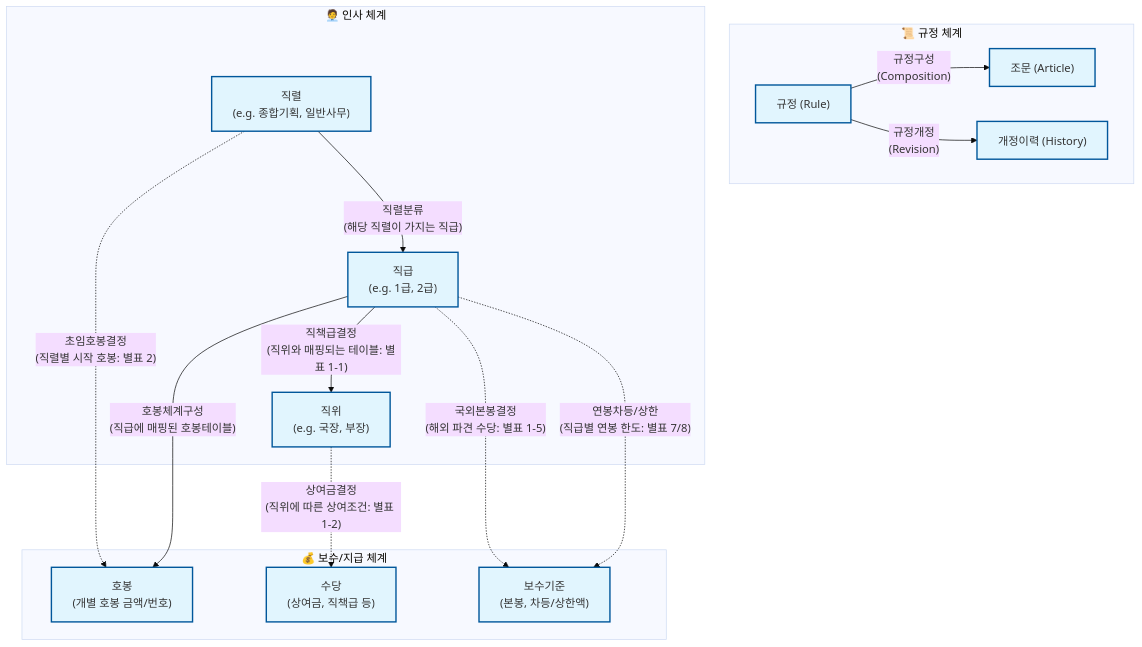
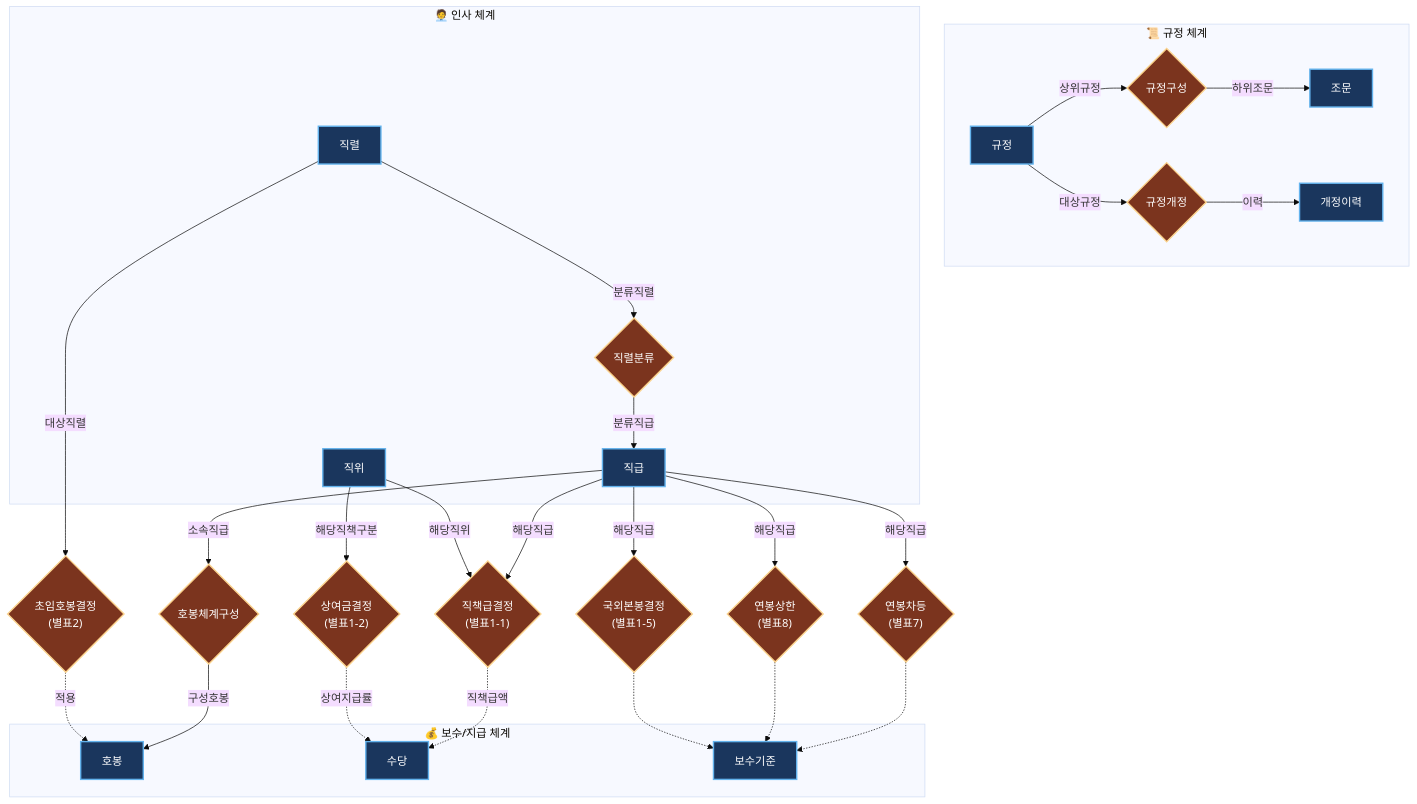
One commit to shezgone/bok-compensation-regulations changed the diagram in docs/schema_diagram.md. Above: the diagram before and after it, drawn with Mermaid (base theme).

Commit message:
docs: update schema diagram for dark theme and typedb hypergraph structure

````diff
--- a/docs/schema_diagram.md
+++ b/docs/schema_diagram.md
@@ -3,49 +3,71 @@
 ```mermaid
 graph TD
-    %% Styling
-    classDef entity fill:#e1f5fe,stroke:#01579b,stroke-width:2px;
-    classDef relation fill:#fff3e0,stroke:#e65100,stroke-width:2px,stroke-dasharray: 5 5;
+    %% 다크 모드/라이트 모드 모두에서 잘 보이도록 고대비 색상 적용
+    classDef entity fill:#1a365d,stroke:#63b3ed,stroke-width:2px,color:#ffffff;
+    classDef relation fill:#7b341e,stroke:#fbd38d,stroke-width:2px,color:#ffffff;
 
     %% --------------------------------
     %% 1. 규정 체계 (Regulation System)
     %% --------------------------------
     subgraph 규정_체계["📜 규정 체계"]
-        Regulation["규정 (Rule)"]:::entity
-        Article["조문 (Article)"]:::entity
-        History["개정이력 (History)"]:::entity
+        Regulation["규정"]:::entity
+        Article["조문"]:::entity
+        History["개정이력"]:::entity
         
-        Regulation -- "규정구성\n(Composition)" --> Article
-        Regulation -- "규정개정\n(Revision)" --> History
+        Rel_Comp{"규정구성"}:::relation
+        Rel_Rev{"규정개정"}:::relation
+
+        Regulation -->|상위규정| Rel_Comp -->|하위조문| Article
+        Regulation -->|대상규정| Rel_Rev -->|이력| History
     end
 
     %% --------------------------------
     %% 2. 인사 체계 (HR System)
     %% --------------------------------
     subgraph 인사_체계["🧑‍💼 인사 체계"]
-        JobGroup["직렬\n(e.g. 종합기획, 일반사무)"]:::entity
-        Rank["직급\n(e.g. 1급, 2급)"]:::entity
-        Position["직위\n(e.g. 국장, 부장)"]:::entity
+        JobGroup["직렬"]:::entity
+        Rank["직급"]:::entity
+        Position["직위"]:::entity
         
-        JobGroup -- "직렬분류\n(해당 직렬이 가지는 직급)" --> Rank
+        Rel_Class{"직렬분류"}:::relation
+        JobGroup -->|분류직렬| Rel_Class -->|분류직급| Rank
     end
 
     %% --------------------------------
     %% 3. 보수 체계 (Compensation System)
     %% --------------------------------
     subgraph 보수_체계["💰 보수/지급 체계"]
-        PayStep["호봉\n(개별 호봉 금액/번호)"]:::entity
-        Allowance["수당\n(상여금, 직책급 등)"]:::entity
-        BasePay["보수기준\n(본봉, 차등/상한액)"]:::entity
+        PayStep["호봉"]:::entity
+        Allowance["수당"]:::entity
+        BasePay["보수기준"]:::entity
     end
 
     %% --------------------------------
-    %% 4. 테이블(별표) 기반 핵심 매핑 (Relations)
+    %% 4. 교차 및 산정 매핑 (Relations)
     %% --------------------------------
-    Rank -- "호봉체계구성\n(직급에 매핑된 호봉테이블)" --> PayStep
-    Rank -- "직책급결정\n(직위와 매핑되는 테이블: 별표 1-1)" --> Position
-    JobGroup -. "초임호봉결정\n(직렬별 시작 호봉: 별표 2)" .-> PayStep
-    Position -. "상여금결정\n(직위에 따른 상여조건: 별표 1-2)" .-> Allowance
-    Rank -. "연봉차등/상한\n(직급별 연봉 한도: 별표 7/8)" .-> BasePay
-    Rank -. "국외본봉결정\n(해외 파견 수당: 별표 1-5)" .-> BasePay
+    %% 호봉 관련
+    Rel_PayStep{"호봉체계구성"}:::relation
+    Rank -->|소속직급| Rel_PayStep -->|구성호봉| PayStep
 
+    Rel_InitStep{"초임호봉결정\n(별표2)"}:::relation
+    JobGroup -->|대상직렬| Rel_InitStep -.->|적용| PayStep
+
+    %% 수당/상여금 관련
+    Rel_PositionPay{"직책급결정\n(별표1-1)"}:::relation
+    Rank -->|해당직급| Rel_PositionPay
+    Position -->|해당직위| Rel_PositionPay
+    Rel_PositionPay -.->|직책급액| Allowance
+
+    Rel_Bonus{"상여금결정\n(별표1-2)"}:::relation
+    Position -->|해당직책구분| Rel_Bonus -.->|상여지급률| Allowance
+
+    %% 기본급/연봉/해외 관련
+    Rel_SalaryDiff{"연봉차등\n(별표7)"}:::relation
+    Rank -->|해당직급| Rel_SalaryDiff -.-> BasePay
+
+    Rel_SalaryLimit{"연봉상한\n(별표8)"}:::relation
+    Rank -->|해당직급| Rel_SalaryLimit -.-> BasePay
+
+    Rel_Overseas{"국외본봉결정\n(별표1-5)"}:::relation
+    Rank -->|해당직급| Rel_Overseas -.-> BasePay
 ```
````
